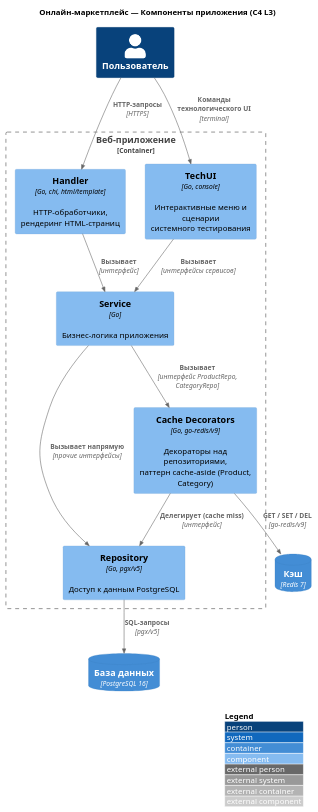
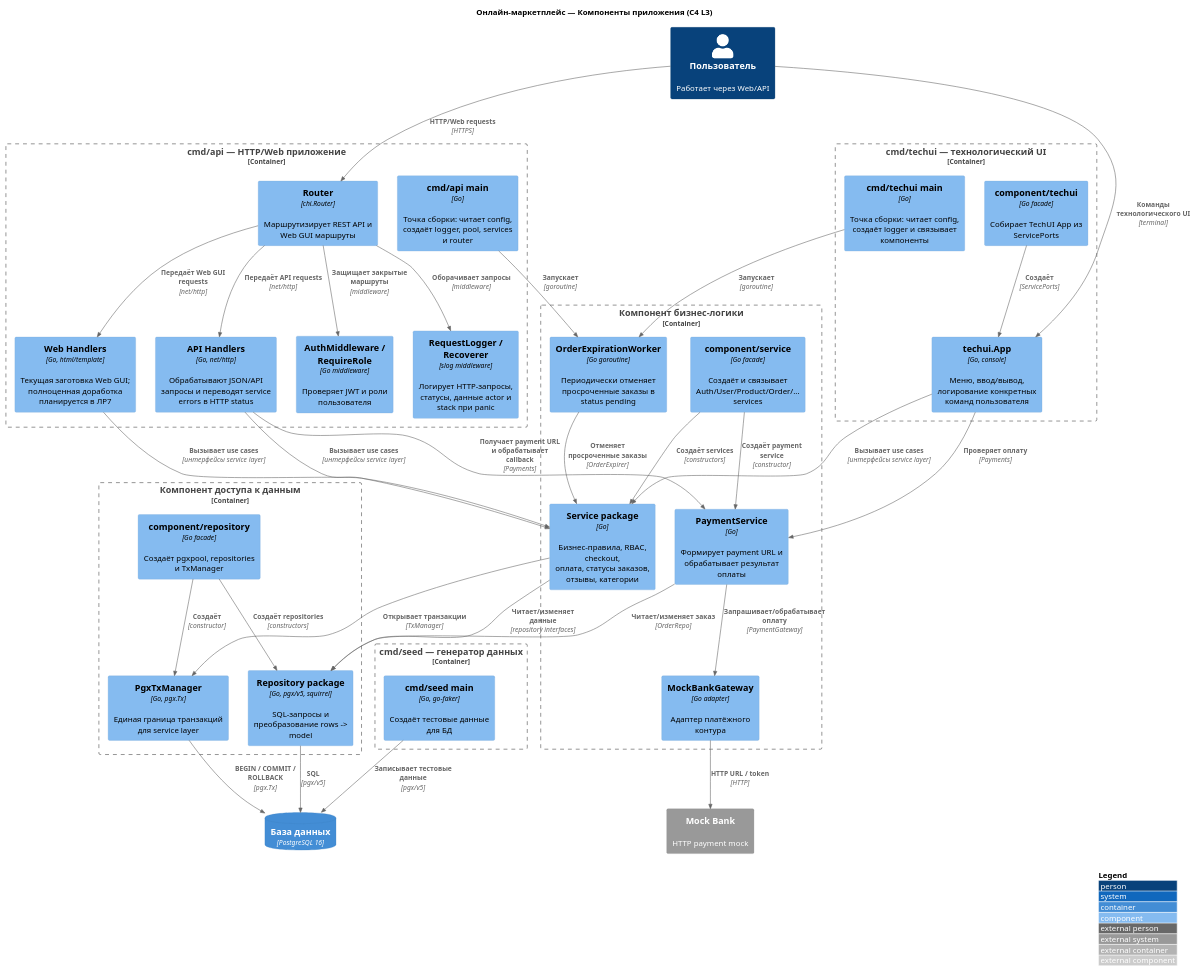
Before and after one commit to beastixq/marketplace: the diagram in diagrams/src/C4_L3.puml, drawn with PlantUML. The commit also changed 14 other files, not shown here.

Commit message:
diagrams(lab6): C4-L1 - L4 updated due to added logging and configuration. ER fixed due to schema changes.

```diff
--- a/diagrams/src/C4_L3.puml
+++ b/diagrams/src/C4_L3.puml
@@ -1,31 +1,79 @@
 @startuml C4_L3
 !include <C4/C4_Component>
 
 title Онлайн-маркетплейс — Компоненты приложения (C4 L3)
 
-Person(user, "Пользователь")
+Person(user, "Пользователь", "Работает через Web/API")
 
-Container_Boundary(webapp, "Веб-приложение") {
-    Component(handler, "Handler", "Go, chi, html/template", "HTTP-обработчики, рендеринг HTML-страниц")
-    Component(techui, "TechUI", "Go, console", "Интерактивные меню и сценарии\nсистемного тестирования")
-    Component(service, "Service", "Go", "Бизнес-логика приложения")
-    Component(cache, "Cache Decorators", "Go, go-redis/v9", "Декораторы над репозиториями,\nпаттерн cache-aside (Product, Category)")
-    Component(repository, "Repository", "Go, pgx/v5", "Доступ к данным PostgreSQL")
+Container_Boundary(api, "cmd/api — HTTP/Web приложение") {
+    Component(apiMain, "cmd/api main", "Go", "Точка сборки: читает config,\nсоздаёт logger, pool, services и router")
+    Component(router, "Router", "chi.Router", "Маршрутизирует REST API и Web GUI маршруты")
+    Component(apiHandlers, "API Handlers", "Go, net/http", "Обрабатывают JSON/API запросы и переводят service errors в HTTP status")
+    Component(webHandlers, "Web Handlers", "Go, html/template", "Текущая заготовка Web GUI;\nполноценная доработка планируется в ЛР7")
+    Component(authMiddleware, "AuthMiddleware / RequireRole", "Go middleware", "Проверяет JWT и роли пользователя")
+    Component(loggingMiddleware, "RequestLogger / Recoverer", "slog middleware", "Логирует HTTP-запросы,\nстатусы, данные actor и stack при panic")
+}
+
+Container_Boundary(techuiContainer, "cmd/techui — технологический UI") {
+    Component(techuiMain, "cmd/techui main", "Go", "Точка сборки: читает config,\nсоздаёт logger и связывает компоненты")
+    Component(techuiComponent, "component/techui", "Go facade", "Собирает TechUI App из ServicePorts")
+    Component(techuiApp, "techui.App", "Go, console", "Меню, ввод/вывод, логирование конкретных команд пользователя")
+}
+
+Container_Boundary(seedContainer, "cmd/seed — генератор данных") {
+    Component(seedMain, "cmd/seed main", "Go, go-faker", "Создаёт тестовые данные для БД")
+}
+
+Container_Boundary(serviceLayer, "Компонент бизнес-логики") {
+    Component(serviceComponent, "component/service", "Go facade", "Создаёт и связывает Auth/User/Product/Order/... services")
+    Component(domainServices, "Service package", "Go", "Бизнес-правила, RBAC, checkout,\nоплата, статусы заказов, отзывы, категории")
+    Component(paymentService, "PaymentService", "Go", "Формирует payment URL и обрабатывает результат оплаты")
+    Component(paymentGateway, "MockBankGateway", "Go adapter", "Адаптер платёжного контура")
+    Component(orderWorker, "OrderExpirationWorker", "Go goroutine", "Периодически отменяет просроченные заказы в status pending")
+}
+
+Container_Boundary(repositoryLayer, "Компонент доступа к данным") {
+    Component(repositoryComponent, "component/repository", "Go facade", "Создаёт pgxpool, repositories и TxManager")
+    Component(repositories, "Repository package", "Go, pgx/v5, squirrel", "SQL-запросы и преобразование rows -> model")
+    Component(txManager, "PgxTxManager", "Go, pgx.Tx", "Единая граница транзакций для service layer")
 }
 
 ContainerDb(postgres, "База данных", "PostgreSQL 16", "")
-ContainerDb(redis, "Кэш", "Redis 7", "")
+System_Ext(bank, "Mock Bank", "HTTP payment mock")
 
-Rel(user, handler, "HTTP-запросы", "HTTPS")
-Rel(user, techui, "Команды технологического UI", "terminal")
-Rel(handler, service, "Вызывает", "интерфейс")
-Rel(techui, service, "Вызывает", "интерфейсы сервисов")
-Rel(service, cache, "Вызывает", "интерфейс ProductRepo, CategoryRepo")
-Rel(service, repository, "Вызывает напрямую", "прочие интерфейсы")
-Rel(cache, repository, "Делегирует (cache miss)", "интерфейс")
-Rel(cache, redis, "GET / SET / DEL", "go-redis/v9")
-Rel(repository, postgres, "SQL-запросы", "pgx/v5")
+Rel(user, router, "HTTP/Web requests", "HTTPS")
+Rel(router, loggingMiddleware, "Оборачивает запросы", "middleware")
+Rel(router, authMiddleware, "Защищает закрытые маршруты", "middleware")
+Rel(router, apiHandlers, "Передаёт API requests", "net/http")
+Rel(router, webHandlers, "Передаёт Web GUI requests", "net/http")
+
+Rel(apiHandlers, domainServices, "Вызывает use cases", "интерфейсы service layer")
+Rel(apiHandlers, paymentService, "Получает payment URL и обрабатывает callback", "Payments")
+Rel(webHandlers, domainServices, "Вызывает use cases", "интерфейсы service layer")
+Rel(orderWorker, domainServices, "Отменяет просроченные заказы", "OrderExpirer")
+
+Rel(user, techuiApp, "Команды технологического UI", "terminal")
+Rel(techuiComponent, techuiApp, "Создаёт", "ServicePorts")
+Rel(techuiApp, domainServices, "Вызывает use cases", "интерфейсы service layer")
+Rel(techuiApp, paymentService, "Проверяет оплату", "Payments")
+Rel(apiMain, orderWorker, "Запускает", "goroutine")
+Rel(techuiMain, orderWorker, "Запускает", "goroutine")
+
+Rel(serviceComponent, domainServices, "Создаёт services", "constructors")
+Rel(serviceComponent, paymentService, "Создаёт payment service", "constructor")
+Rel(domainServices, repositories, "Читает/изменяет данные", "repository interfaces")
+Rel(paymentService, repositories, "Читает/изменяет заказ", "OrderRepo")
+Rel(domainServices, txManager, "Открывает транзакции", "TxManager")
+Rel(paymentService, paymentGateway, "Запрашивает/обрабатывает оплату", "PaymentGateway")
+Rel(paymentGateway, bank, "HTTP URL / token", "HTTP")
+
+Rel(repositoryComponent, repositories, "Создаёт repositories", "constructors")
+Rel(repositoryComponent, txManager, "Создаёт", "constructor")
+Rel(repositories, postgres, "SQL", "pgx/v5")
+Rel(txManager, postgres, "BEGIN / COMMIT / ROLLBACK", "pgx.Tx")
+
+Rel(seedMain, postgres, "Записывает тестовые данные", "pgx/v5")
 
 LAYOUT_WITH_LEGEND()
 
 @enduml
```
